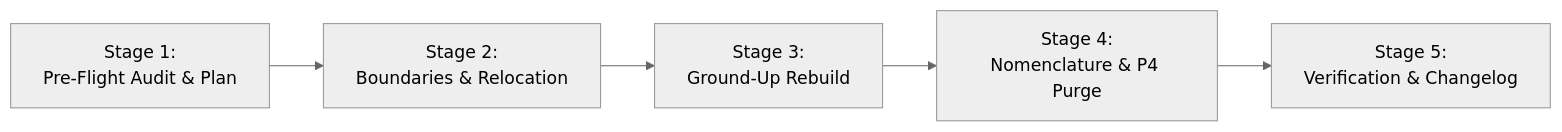
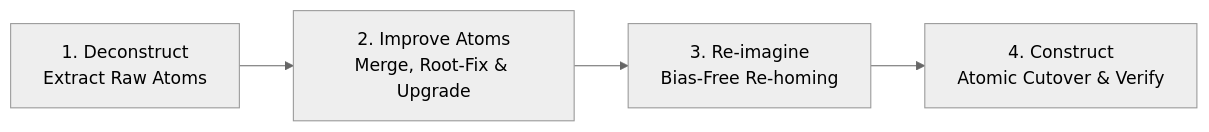
One commit to JooduG/gemini changed the diagram in config/skills/refactor/SKILL.md. Above: the diagram before and after it, drawn with Mermaid (neutral theme). The commit also changed other lines of this file and 91 other files, not shown here.

````diff
--- a/config/skills/refactor/SKILL.md
+++ b/config/skills/refactor/SKILL.md
@@ -30,4 +31,4 @@
 ```mermaid
 flowchart LR
-    S1["Stage 1:<br>Pre-Flight Audit & Plan"] --> S2["Stage 2:<br>Boundaries & Relocation"] --> S3["Stage 3:<br>Ground-Up Rebuild"] --> S4["Stage 4:<br>Nomenclature & P4 Purge"] --> S5["Stage 5:<br>Verification & Changelog"]
+    P1["1. Deconstruct<br>Extract Raw Atoms"] --> P2["2. Improve Atoms<br>Merge, Root-Fix & Upgrade"] --> P3["3. Re-imagine<br>Bias-Free Re-homing"] --> P4["4. Construct<br>Atomic Cutover & Verify"]
 ```
````
